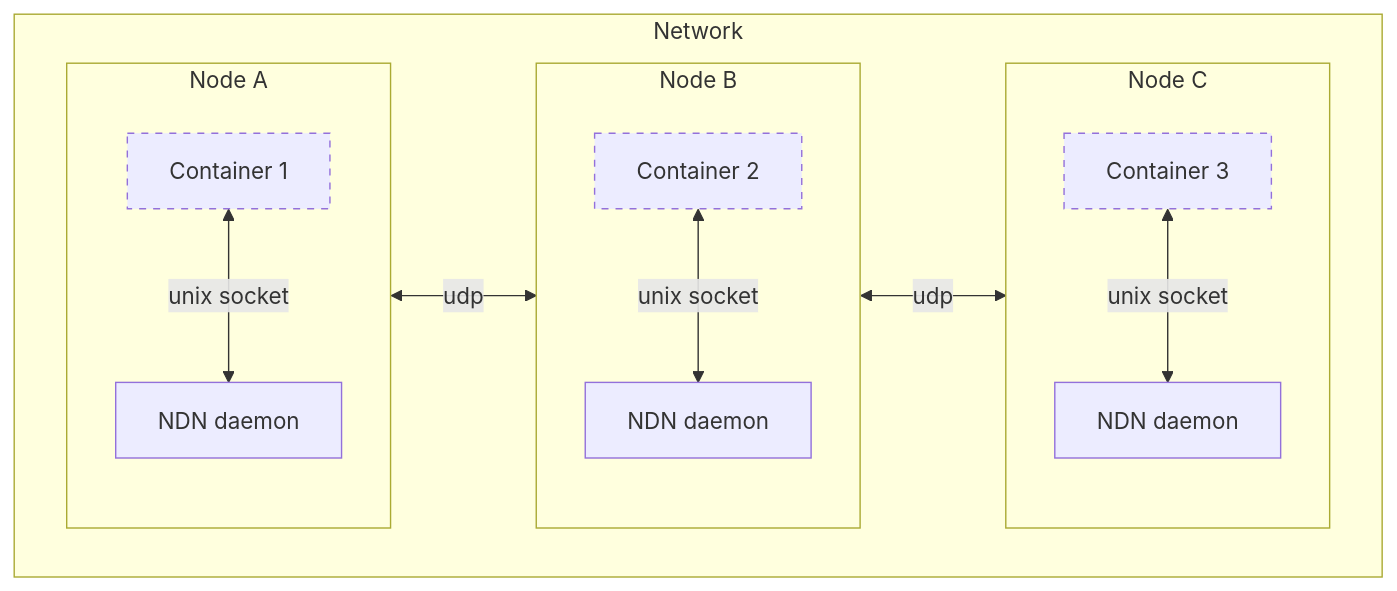
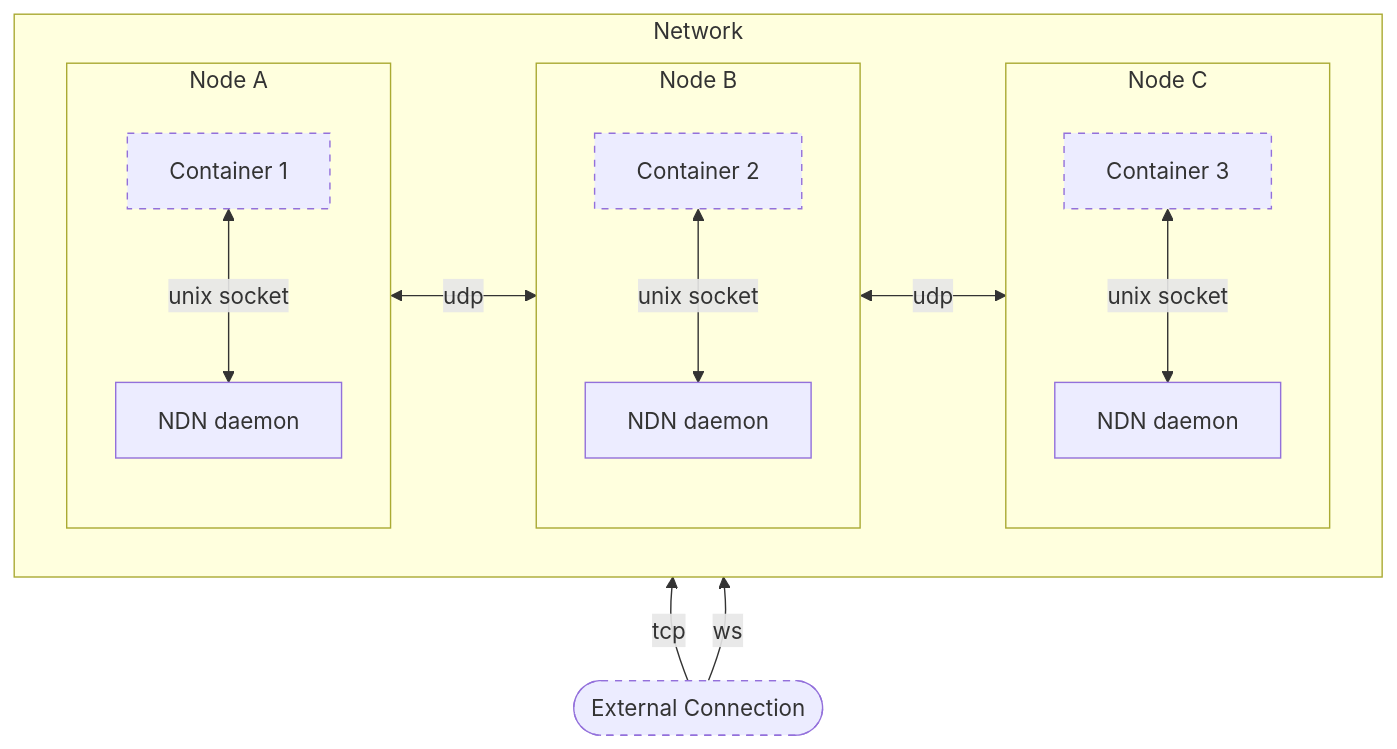
Before and after one commit to ndn-operator/ndn-operator: the diagram in README.md, drawn with Mermaid. The commit also changed other lines of this file, not shown here.

````diff
--- a/README.md
+++ b/README.md
@@ -51,22 +51,24 @@
 ```mermaid
-flowchart LR
+flowchart BT
   subgraph N[Network]
   direction LR
     subgraph r_A[Node A]
     direction TB
       app_a1[Container 1]:::dotted <--unix socket--> ndnd_a1[NDN daemon]
     end
     subgraph r_B[Node B]
     direction TB
       app_b1[Container 2]:::dotted <--unix socket--> ndnd_b1[NDN daemon]
     end
     subgraph r_C[Node C]
     direction TB
       app_c1[Container 3]:::dotted <--unix socket--> ndnd_c1[NDN daemon]
     end
     r_A <--udp--> r_B <--udp--> r_C
   end
+  ext([External Connection]):::dotted --tcp--> N
+  ext --ws--> N
 
 
   classDef dotted stroke-dasharray: 5 5
 ```
````
